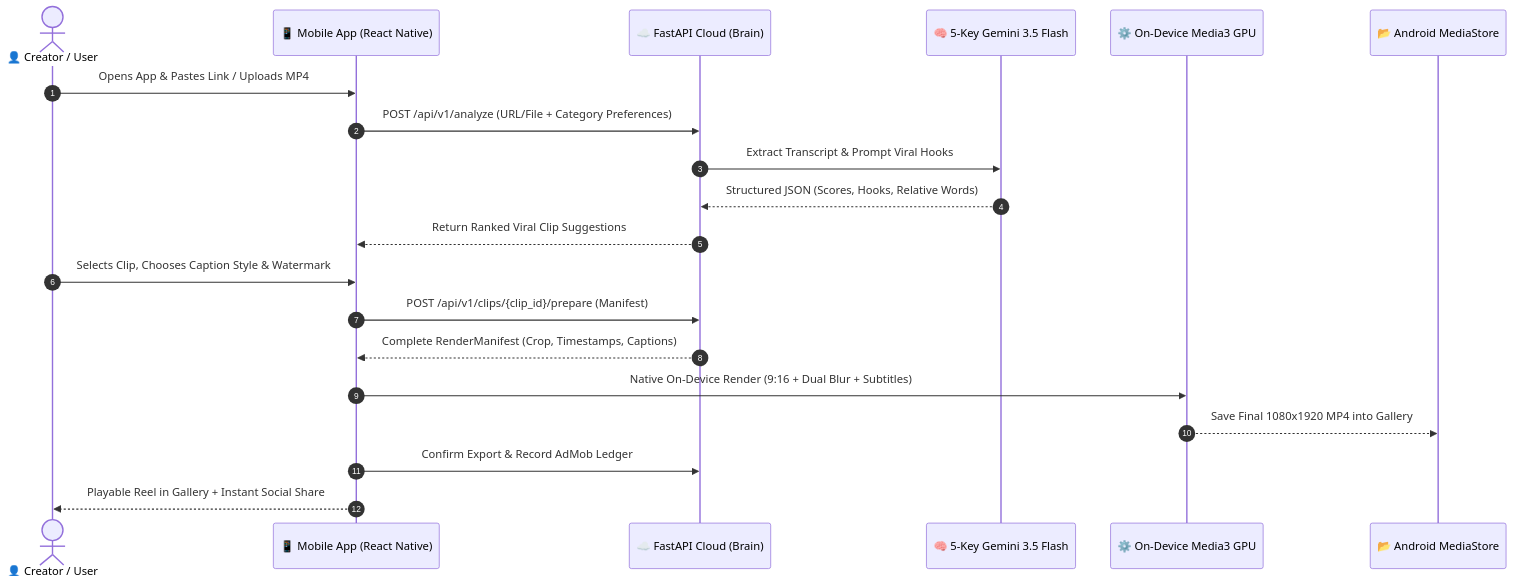
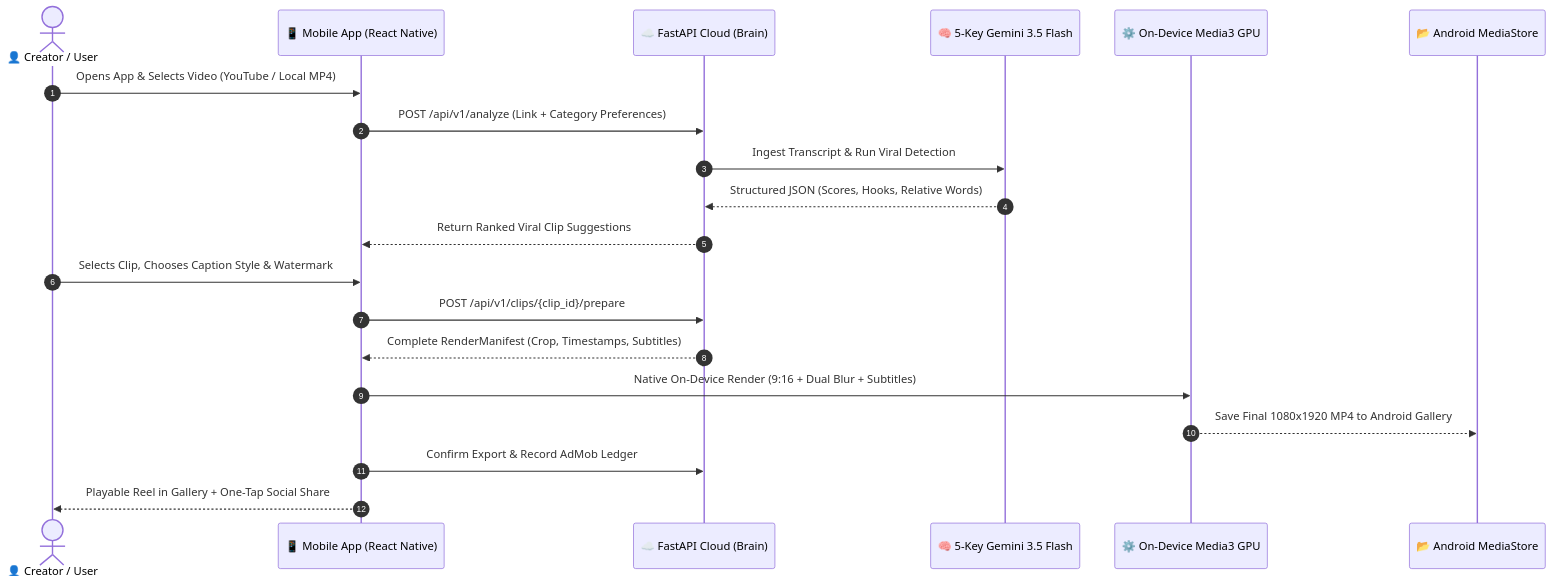
One commit to vk9199kadam-hue/ai.pro changed the first of 2 diagrams in APP_END_TO_END_ARCHITECTURE_AND_ROADMAP.md. Above: the diagram before and after it, drawn with Mermaid. The commit also changed other lines of this file, not shown here.

Commit message:
docs: expand master roadmap to comprehensive 5-phase step-by-step blueprint

````diff
--- a/APP_END_TO_END_ARCHITECTURE_AND_ROADMAP.md
+++ b/APP_END_TO_END_ARCHITECTURE_AND_ROADMAP.md
@@ -13,23 +11,23 @@
 ```mermaid
 sequenceDiagram
     autonumber
-    actor User as 👤 Creator / User
+    actor Creator as 👤 Creator / User
     participant PhoneUI as 📱 Mobile App (React Native)
     participant CloudAPI as ☁️ FastAPI Cloud (Brain)
     participant GeminiPool as 🧠 5-Key Gemini 3.5 Flash
     participant Media3 as ⚙️ On-Device Media3 GPU
     participant Gallery as 📂 Android MediaStore
 
-    User->>PhoneUI: Opens App & Pastes Link / Uploads MP4
-    PhoneUI->>CloudAPI: POST /api/v1/analyze (URL/File + Category Preferences)
-    CloudAPI->>GeminiPool: Extract Transcript & Prompt Viral Hooks
+    Creator->>PhoneUI: Opens App & Selects Video (YouTube / Local MP4)
+    PhoneUI->>CloudAPI: POST /api/v1/analyze (Link + Category Preferences)
+    CloudAPI->>GeminiPool: Ingest Transcript & Run Viral Detection
     GeminiPool-->>CloudAPI: Structured JSON (Scores, Hooks, Relative Words)
     CloudAPI-->>PhoneUI: Return Ranked Viral Clip Suggestions
-    User->>PhoneUI: Selects Clip, Chooses Caption Style & Watermark
-    PhoneUI->>CloudAPI: POST /api/v1/clips/{clip_id}/prepare (Manifest)
-    CloudAPI-->>PhoneUI: Complete RenderManifest (Crop, Timestamps, Captions)
+    Creator->>PhoneUI: Selects Clip, Chooses Caption Style & Watermark
+    PhoneUI->>CloudAPI: POST /api/v1/clips/{clip_id}/prepare
+    CloudAPI-->>PhoneUI: Complete RenderManifest (Crop, Timestamps, Subtitles)
     PhoneUI->>Media3: Native On-Device Render (9:16 + Dual Blur + Subtitles)
-    Media3-->>Gallery: Save Final 1080x1920 MP4 into Gallery
+    Media3-->>Gallery: Save Final 1080x1920 MP4 to Android Gallery
     PhoneUI->>CloudAPI: Confirm Export & Record AdMob Ledger
-    PhoneUI-->>User: Playable Reel in Gallery + Instant Social Share
+    PhoneUI-->>Creator: Playable Reel in Gallery + One-Tap Social Share
 ```
````
